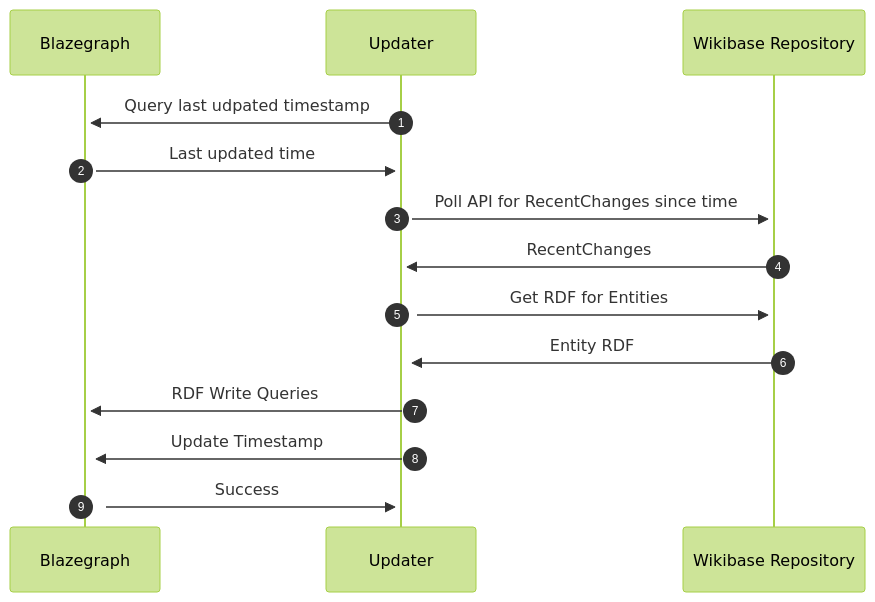
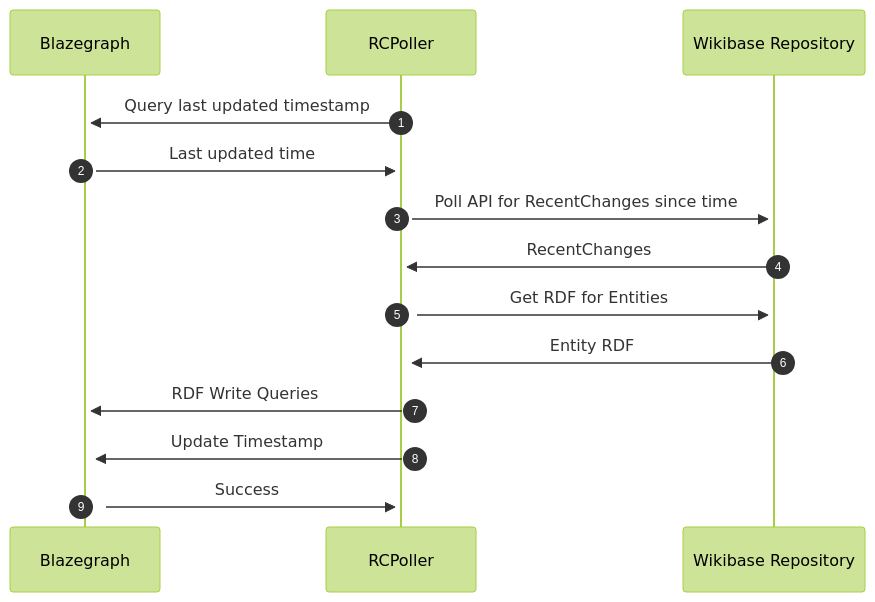
The first of 2 diagrams in systems/Query/06-Runtime_View.md (wmde/wikidata-wikibase-architecture), drawn with Mermaid (forest theme) before and after one commit. The commit also changed other lines of this file and 5 other files, not shown here.

````diff
--- a/systems/Query/06-Runtime_View.md
+++ b/systems/Query/06-Runtime_View.md
@@ -7,17 +7,17 @@
 ```mermaid
 sequenceDiagram
     autonumber
     participant Blazegraph
-    participant Updater
+    participant RCPoller
     participant Wikibase Repository
     
-    Updater->>+Blazegraph: Query last udpated timestamp
-    Blazegraph->>+Updater: Last updated time
-    Updater->>+Wikibase Repository: Poll API for RecentChanges since time
-    Wikibase Repository->>+Updater: RecentChanges
-    Updater->>+Wikibase Repository: Get RDF for Entities
-    Wikibase Repository->>+Updater: Entity RDF
-    Updater->>+Blazegraph: RDF Write Queries
-    Updater->>+Blazegraph: Update Timestamp
-    Blazegraph->>+Updater: Success
+    RCPoller->>+Blazegraph: Query last updated timestamp
+    Blazegraph->>+RCPoller: Last updated time
+    RCPoller->>+Wikibase Repository: Poll API for RecentChanges since time
+    Wikibase Repository->>+RCPoller: RecentChanges
+    RCPoller->>+Wikibase Repository: Get RDF for Entities
+    Wikibase Repository->>+RCPoller: Entity RDF
+    RCPoller->>+Blazegraph: RDF Write Queries
+    RCPoller->>+Blazegraph: Update Timestamp
+    Blazegraph->>+RCPoller: Success
 ```
````
